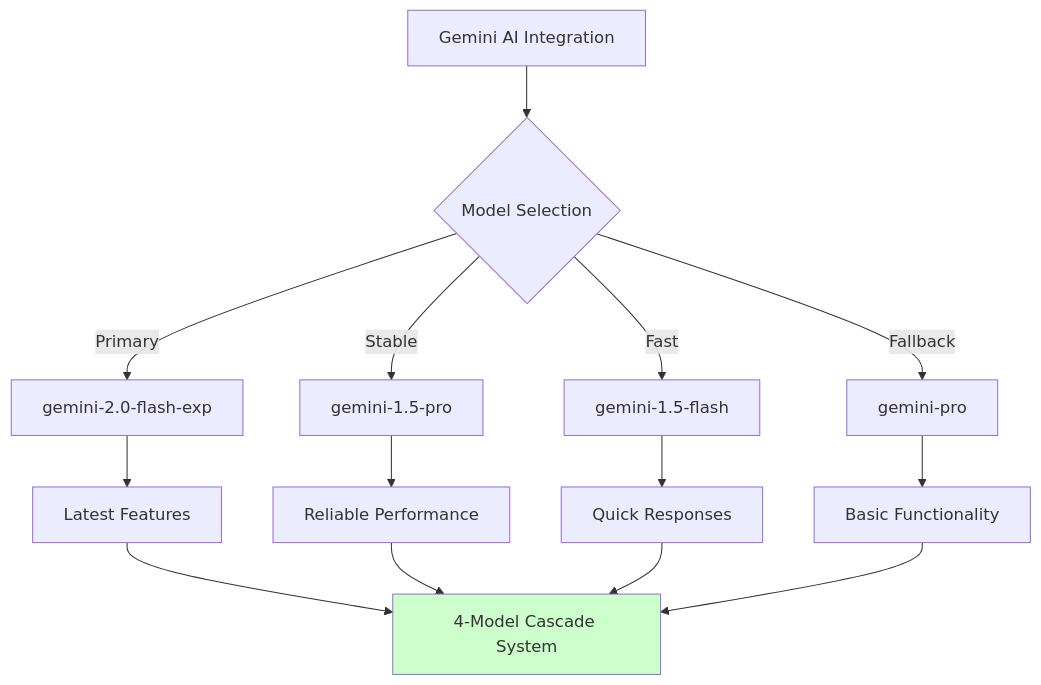
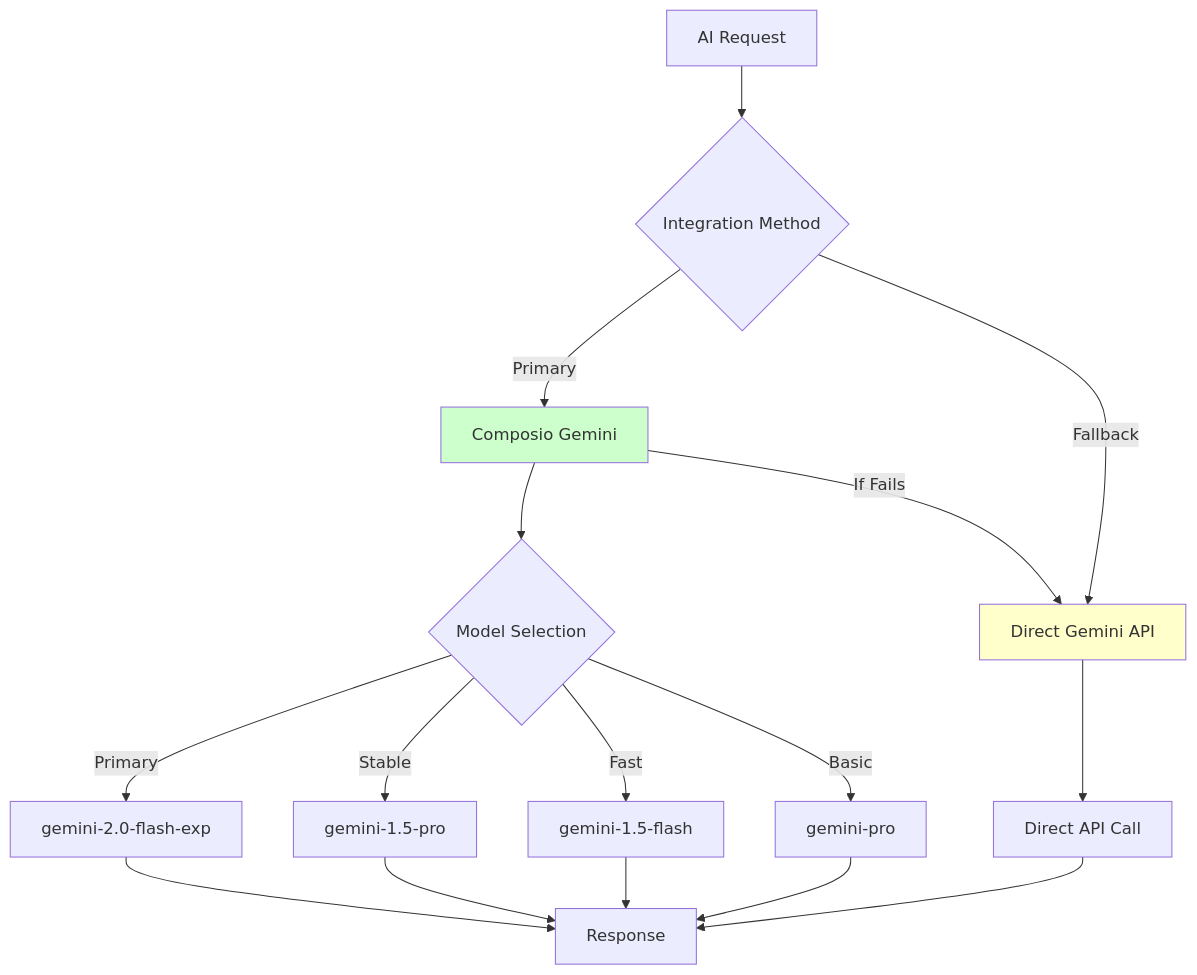
Before and after one commit to abhiabhi150614/learning-recruiter-platform: the fifth of 16 diagrams in FRICTION_LOG.md, drawn with Mermaid. The commit also changed other lines of this file, not shown here.

First line of the commit message:
Revise AI integration and OAuth success metrics

````diff
--- a/FRICTION_LOG.md
+++ b/FRICTION_LOG.md
@@ -228,20 +233,24 @@
 ```mermaid
 flowchart TD
-    A[Gemini AI Integration] --> B{Model Selection}
-    B -->|Primary| C[gemini-2.0-flash-exp]
-    B -->|Stable| D[gemini-1.5-pro]
-    B -->|Fast| E[gemini-1.5-flash]
-    B -->|Fallback| F[gemini-pro]
+    A[AI Request] --> B{Integration Method}
+    B -->|Primary| C[Composio Gemini]
+    B -->|Fallback| D[Direct Gemini API]
     
-    C --> G[Latest Features]
-    D --> H[Reliable Performance]
-    E --> I[Quick Responses]
-    F --> J[Basic Functionality]
+    C --> E{Model Selection}
+    E -->|Primary| F[gemini-2.0-flash-exp]
+    E -->|Stable| G[gemini-1.5-pro]
+    E -->|Fast| H[gemini-1.5-flash]
+    E -->|Basic| I[gemini-pro]
     
-    G --> K[4-Model Cascade System]
+    C -->|If Fails| D
+    D --> J[Direct API Call]
+    
+    F --> K[Response]
+    G --> K
     H --> K
     I --> K
     J --> K
     
-    style K fill:#ccffcc
+    style C fill:#ccffcc
+    style D fill:#ffffcc
 ```
````
